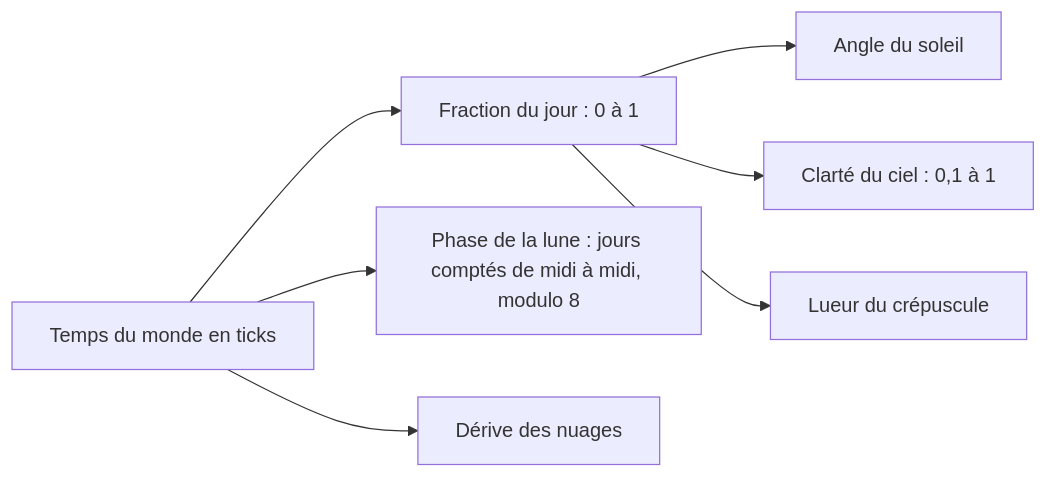
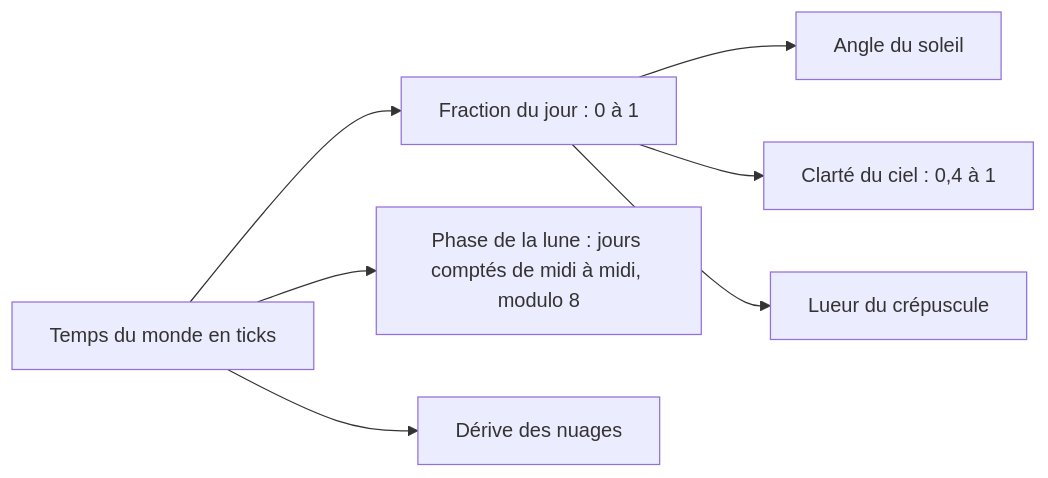
Before and after one commit to SinfulDice/strata-mundi: the diagram in docs/explications/jour-nuit-et-ciel.md, drawn with Mermaid. The commit also changed other lines of this file and 18 other files, not shown here.

````diff
--- a/docs/explications/jour-nuit-et-ciel.md
+++ b/docs/explications/jour-nuit-et-ciel.md
@@ -15,9 +15,9 @@
 ```mermaid
 graph LR
     T[Temps du monde en ticks] --> F[Fraction du jour : 0 à 1]
     F --> S[Angle du soleil]
-    F --> L[Clarté du ciel : 0,1 à 1]
+    F --> L[Clarté du ciel : 0,4 à 1]
     F --> G[Lueur du crépuscule]
     T --> P[Phase de la lune : jours comptés de midi à midi, modulo 8]
     T --> N[Dérive des nuages]
 ```
````
